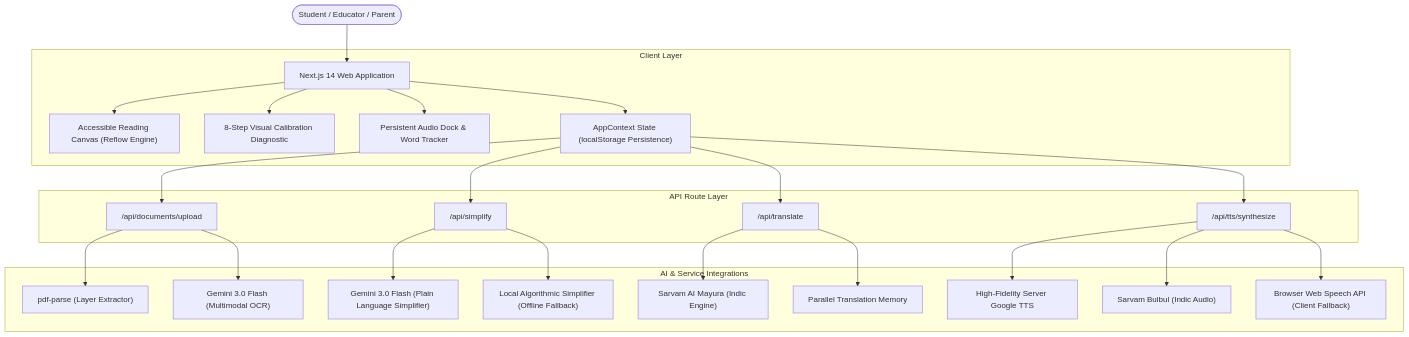
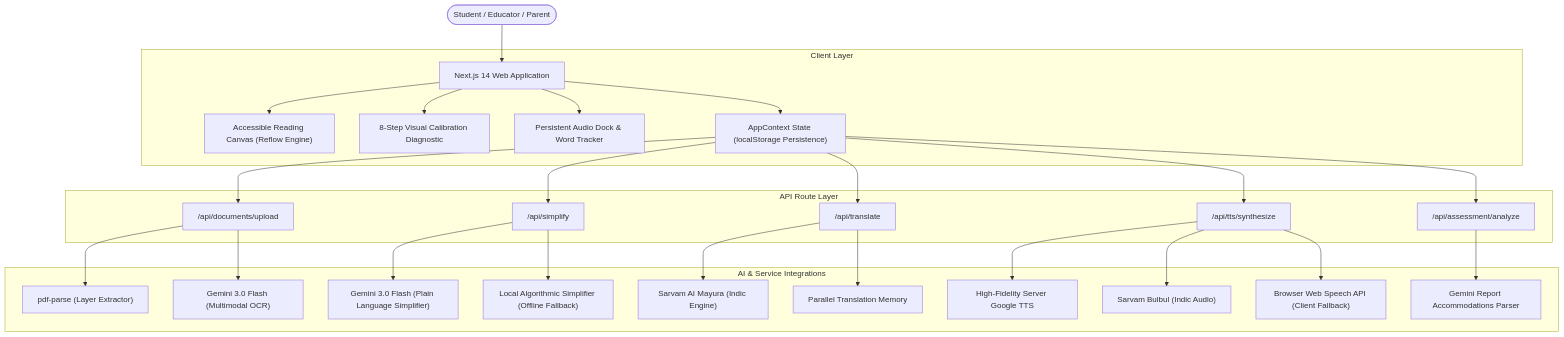
The diagram in Readme.md (CODExGAMERZ/akshar-setu), drawn with Mermaid before and after one commit. The commit also changed other lines of this file and 34 other files, not shown here.

````diff
--- a/Readme.md
+++ b/Readme.md
@@ -73,33 +73,36 @@
 ```mermaid
 graph TD
     User(["Student / Educator / Parent"]) --> NextApp["Next.js 14 Web Application"]
     
     subgraph Client Layer
         NextApp --> ReaderCanvas["Accessible Reading Canvas (Reflow Engine)"]
         NextApp --> CalibrationEngine["8-Step Visual Calibration Diagnostic"]
         NextApp --> AudioDock["Persistent Audio Dock & Word Tracker"]
         NextApp --> AppContext["AppContext State (localStorage Persistence)"]
     end
 
     subgraph API Route Layer
         AppContext --> UploadAPI["/api/documents/upload"]
         AppContext --> SimplifyAPI["/api/simplify"]
         AppContext --> TranslateAPI["/api/translate"]
         AppContext --> TTSAPI["/api/tts/synthesize"]
+        AppContext --> AssessmentAPI["/api/assessment/analyze"]
     end
 
     subgraph AI & Service Integrations
         UploadAPI --> PDFParser["pdf-parse (Layer Extractor)"]
         UploadAPI --> GeminiVision["Gemini 3.0 Flash (Multimodal OCR)"]
         
         SimplifyAPI --> GeminiNLP["Gemini 3.0 Flash (Plain Language Simplifier)"]
         SimplifyAPI --> LocalEngine["Local Algorithmic Simplifier (Offline Fallback)"]
         
         TranslateAPI --> SarvamMayura["Sarvam AI Mayura (Indic Engine)"]
         TranslateAPI --> MyMemoryCache["Parallel Translation Memory"]
         
         TTSAPI --> GoogleTTS["High-Fidelity Server Google TTS"]
         TTSAPI --> SarvamBulbul["Sarvam Bulbul (Indic Audio)"]
         TTSAPI --> WebSpeech["Browser Web Speech API (Client Fallback)"]
+
+        AssessmentAPI --> GeminiEval["Gemini Report Accommodations Parser"]
     end
 ```
````
